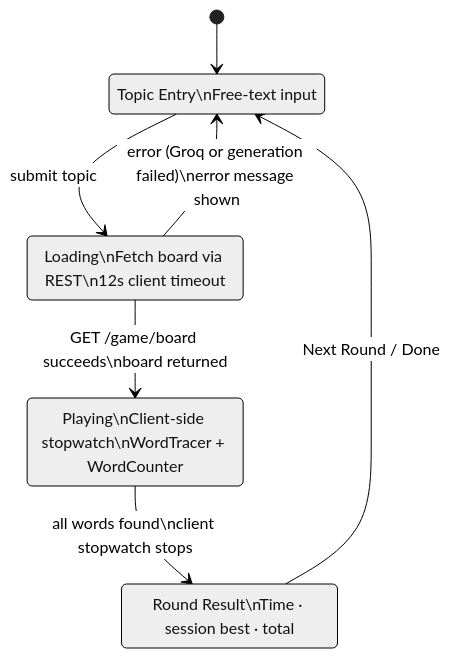
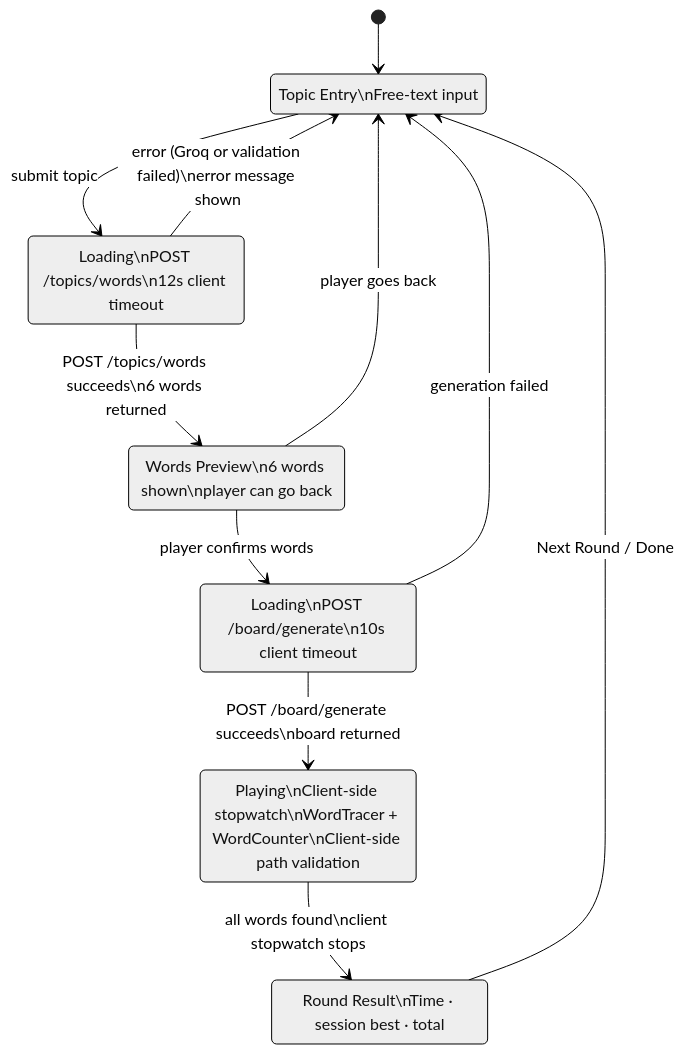
Before and after one commit to lzam0/Multiplayer-Puzzle-Game: the third of 4 diagrams in docs/diagrams/game-flow.md, drawn with Mermaid (neutral theme). The commit also changed other lines of this file and 10 other files, not shown here.

````diff
--- a/docs/diagrams/game-flow.md
+++ b/docs/diagrams/game-flow.md
@@ -45,15 +47,21 @@
 ```mermaid
 stateDiagram-v2
     [*] --> TopicEntry
 
-    TopicEntry --> Loading: submit topic
-    Loading --> Playing: GET /game/board succeeds\nboard returned
-    Loading --> TopicEntry: error (Groq or generation failed)\nerror message shown
+    TopicEntry --> Loading1: submit topic
+    Loading1 --> WordsPreview: POST /topics/words succeeds\n6 words returned
+    Loading1 --> TopicEntry: error (Groq or validation failed)\nerror message shown
+    WordsPreview --> Loading2: player confirms words
+    WordsPreview --> TopicEntry: player goes back
+    Loading2 --> Playing: POST /board/generate succeeds\nboard returned
+    Loading2 --> TopicEntry: generation failed
     Playing --> RoundResult: all words found\nclient stopwatch stops
     RoundResult --> TopicEntry: Next Round / Done
 
     TopicEntry: Topic Entry\nFree-text input
-    Loading: Loading\nFetch board via REST\n12s client timeout
-    Playing: Playing\nClient-side stopwatch\nWordTracer + WordCounter
+    Loading1: Loading\nPOST /topics/words\n12s client timeout
+    WordsPreview: Words Preview\n6 words shown\nplayer can go back
+    Loading2: Loading\nPOST /board/generate\n10s client timeout
+    Playing: Playing\nClient-side stopwatch\nWordTracer + WordCounter\nClient-side path validation
     RoundResult: Round Result\nTime · session best · total
 ```
````
